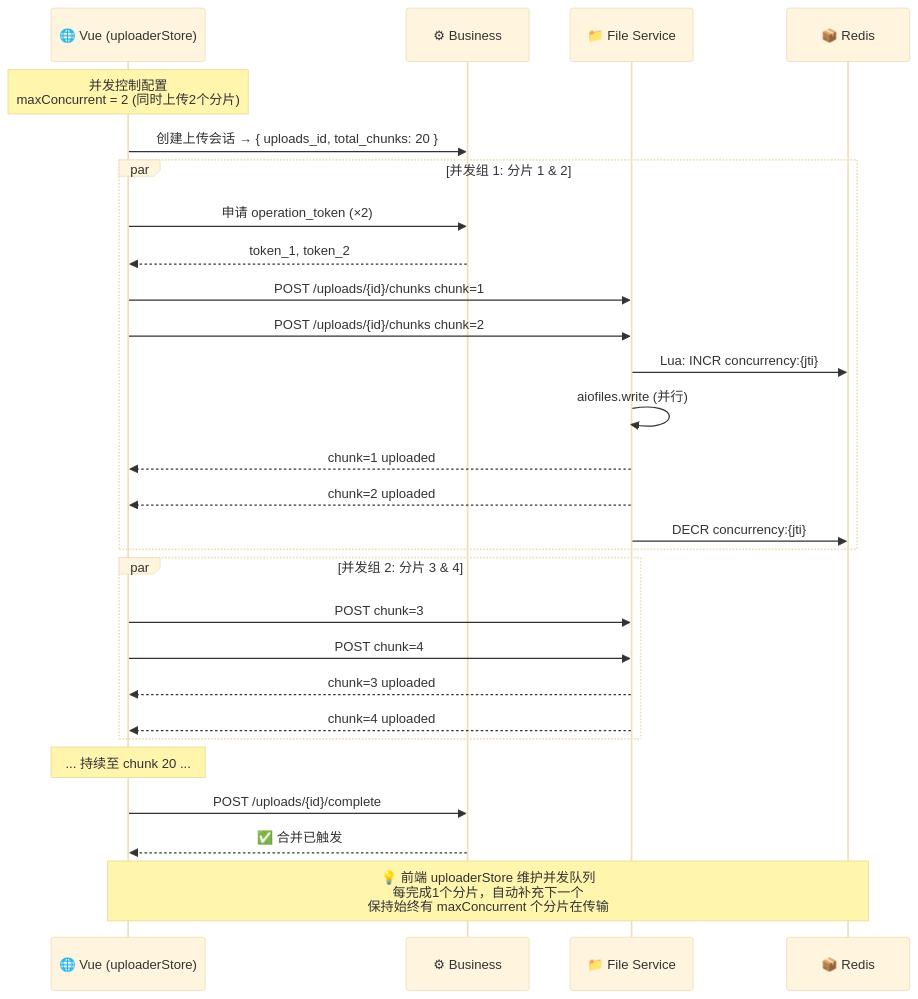
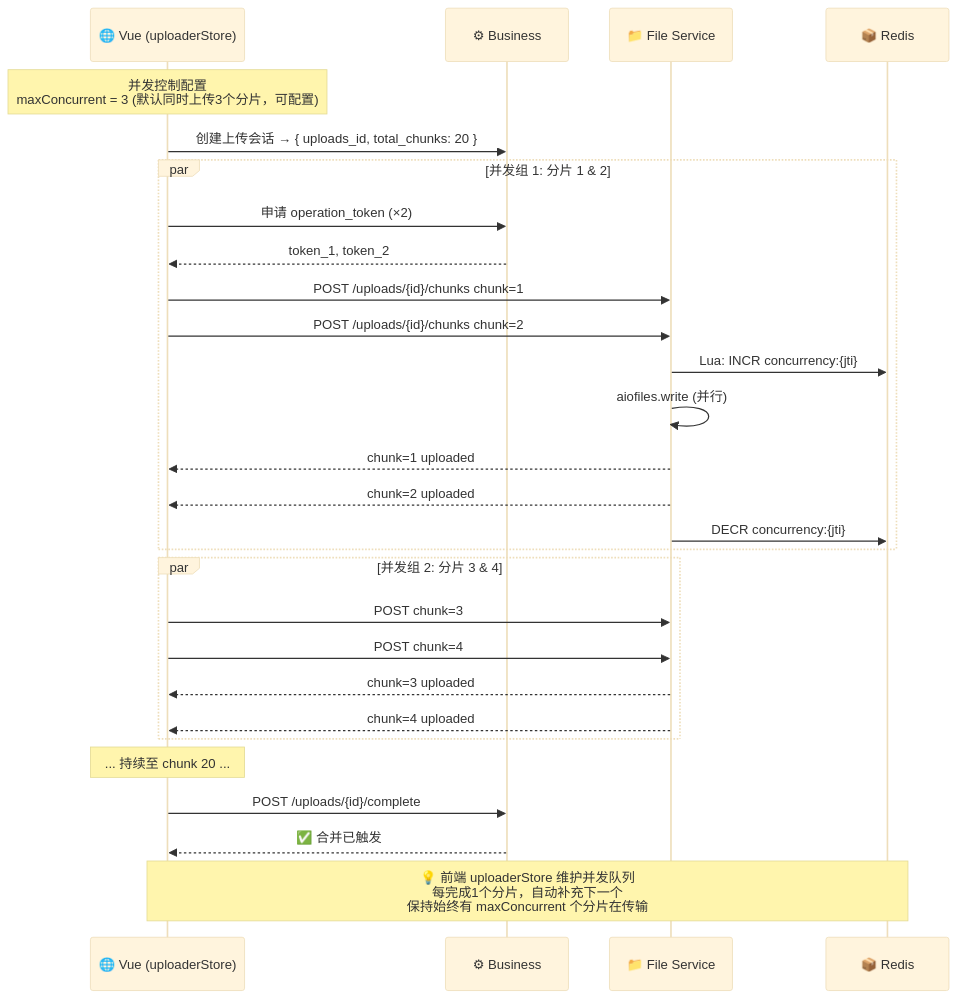
Before and after one commit to spade-kk/PrivateCloudDisk-Project: the tenth of 13 diagrams in PrivateCloudDisk-storage-service/README.md, drawn with Mermaid (base theme). The commit also changed other lines of this file and 637 other files, not shown here.

````diff
--- a/PrivateCloudDisk-storage-service/README.md
+++ b/PrivateCloudDisk-storage-service/README.md
@@ -777,37 +792,37 @@
 ```mermaid
 sequenceDiagram
     participant Web as 🌐 Vue (uploaderStore)
     participant BS as ⚙ Business
     participant FS as 📁 File Service
     participant Redis as 📦 Redis
 
-    Note over Web: 并发控制配置<br/>maxConcurrent = 2 (同时上传2个分片)
+    Note over Web: 并发控制配置<br/>maxConcurrent = 3 (默认同时上传3个分片，可配置)
 
     Web->>BS: 创建上传会话 → { uploads_id, total_chunks: 20 }
 
     par 并发组 1: 分片 1 & 2
         Web->>BS: 申请 operation_token (×2)
         BS-->>Web: token_1, token_2
         Web->>FS: POST /uploads/{id}/chunks chunk=1
         Web->>FS: POST /uploads/{id}/chunks chunk=2
         FS->>Redis: Lua: INCR concurrency:{jti}
         FS->>FS: aiofiles.write (并行)
         FS-->>Web: chunk=1 uploaded
         FS-->>Web: chunk=2 uploaded
         FS->>Redis: DECR concurrency:{jti}
     end
 
     par 并发组 2: 分片 3 & 4
         Web->>FS: POST chunk=3
         Web->>FS: POST chunk=4
         FS-->>Web: chunk=3 uploaded
         FS-->>Web: chunk=4 uploaded
     end
 
     Note over Web: ... 持续至 chunk 20 ...
 
     Web->>BS: POST /uploads/{id}/complete
     BS-->>Web: ✅ 合并已触发
 
     Note over Web,Redis: 💡 前端 uploaderStore 维护并发队列<br/>每完成1个分片，自动补充下一个<br/>保持始终有 maxConcurrent 个分片在传输
 ```
````
